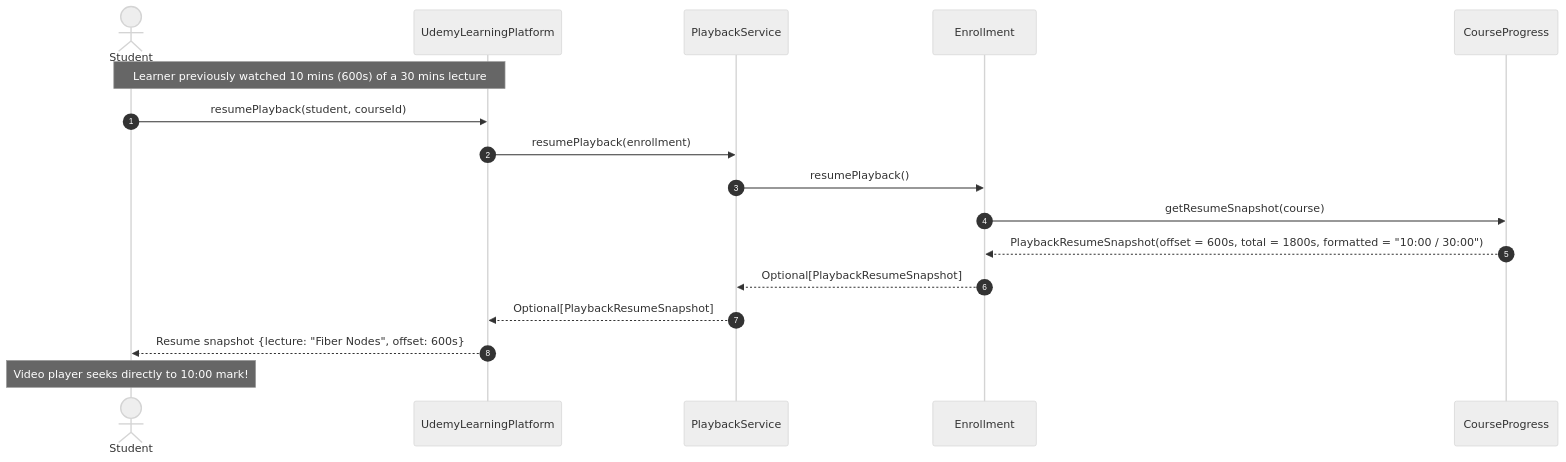
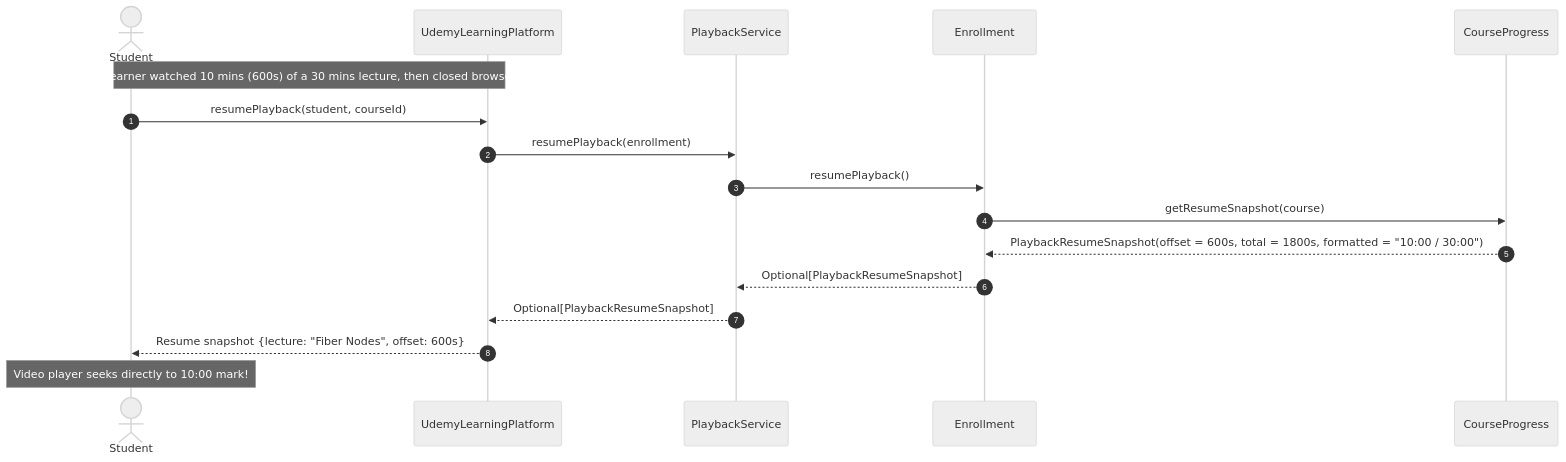
One commit to aniagra119/UdemyLLDDesign changed the third of 3 diagrams in UdemyDesign.md. Above: the diagram before and after it, drawn with Mermaid (neutral theme). The commit also changed other lines of this file and 2 other files, not shown here.

Commit message:
docs: update master architecture, class diagrams, notes, and README for 8 design patterns

````diff
--- a/UdemyDesign.md
+++ b/UdemyDesign.md
@@ -351,20 +329,20 @@
 ```mermaid
 sequenceDiagram
     autonumber
     actor Learner as Student
     participant Platform as UdemyLearningPlatform
     participant PlaybackSvc as PlaybackService
     participant Enrollment as Enrollment
     participant Progress as CourseProgress
 
-    Note over Learner, Platform: Learner previously watched 10 mins (600s) of a 30 mins lecture
+    Note over Learner, Platform: Learner watched 10 mins (600s) of a 30 mins lecture, then closed browser
     Learner ->> Platform: resumePlayback(student, courseId)
     Platform ->> PlaybackSvc: resumePlayback(enrollment)
     PlaybackSvc ->> Enrollment: resumePlayback()
     Enrollment ->> Progress: getResumeSnapshot(course)
     Progress -->> Enrollment: PlaybackResumeSnapshot(offset = 600s, total = 1800s, formatted = "10:00 / 30:00")
     Enrollment -->> PlaybackSvc: Optional[PlaybackResumeSnapshot]
     PlaybackSvc -->> Platform: Optional[PlaybackResumeSnapshot]
     Platform -->> Learner: Resume snapshot {lecture: "Fiber Nodes", offset: 600s}
     Note over Learner: Video player seeks directly to 10:00 mark!
 ```
````
